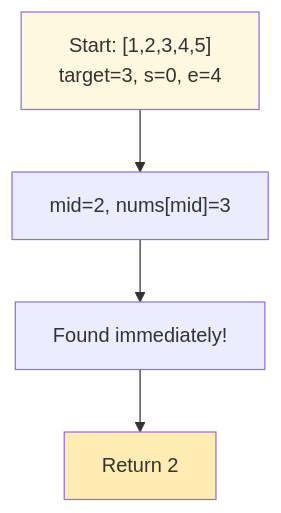
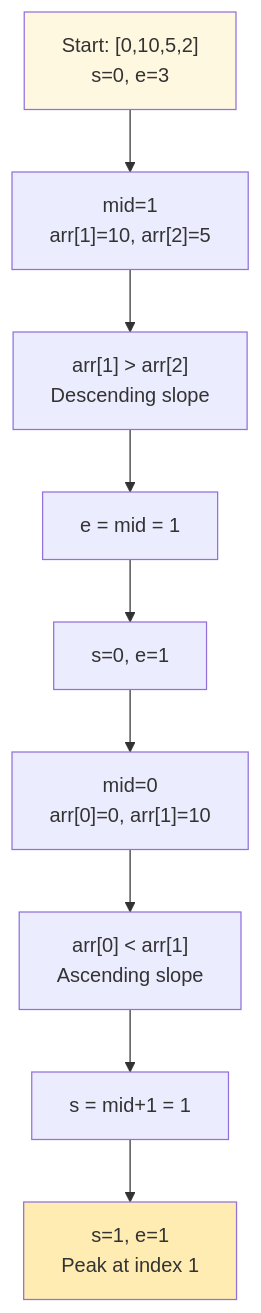
Before and after one commit to LuckyLongre123/README_RUNNER: the fifth of 13 diagrams in README.md, drawn with Mermaid. The commit also changed other lines of this file, not shown here.

````diff
--- a/README.md
+++ b/README.md
@@ -138,9 +147,14 @@
 ```mermaid
 flowchart TD
-    A["Start: [1,2,3,4,5]<br/>target=3, s=0, e=4"] --> B["mid=2, nums[mid]=3"]
-    B --> C["Found immediately!"]
-    C --> D["Return 2"]
+    A["Start: [0,10,5,2]<br/>s=0, e=3"] --> B["mid=1<br/>arr[1]=10, arr[2]=5"]
+    B --> C["arr[1] > arr[2]<br/>Descending slope"]
+    C --> D["e = mid = 1"]
+    D --> E["s=0, e=1"]
+    E --> F["mid=0<br/>arr[0]=0, arr[1]=10"]
+    F --> G["arr[0] < arr[1]<br/>Ascending slope"]
+    G --> H["s = mid+1 = 1"]
+    H --> I["s=1, e=1<br/>Peak at index 1"]
     
     style A fill:#fff8e1
-    style D fill:#ffecb3
+    style I fill:#ffecb3
 ```
````
